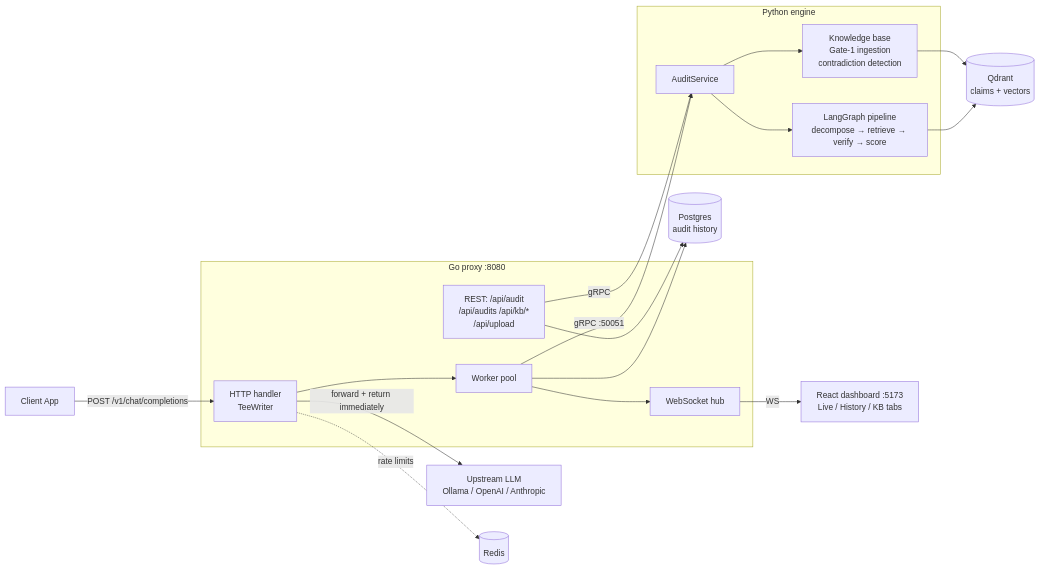
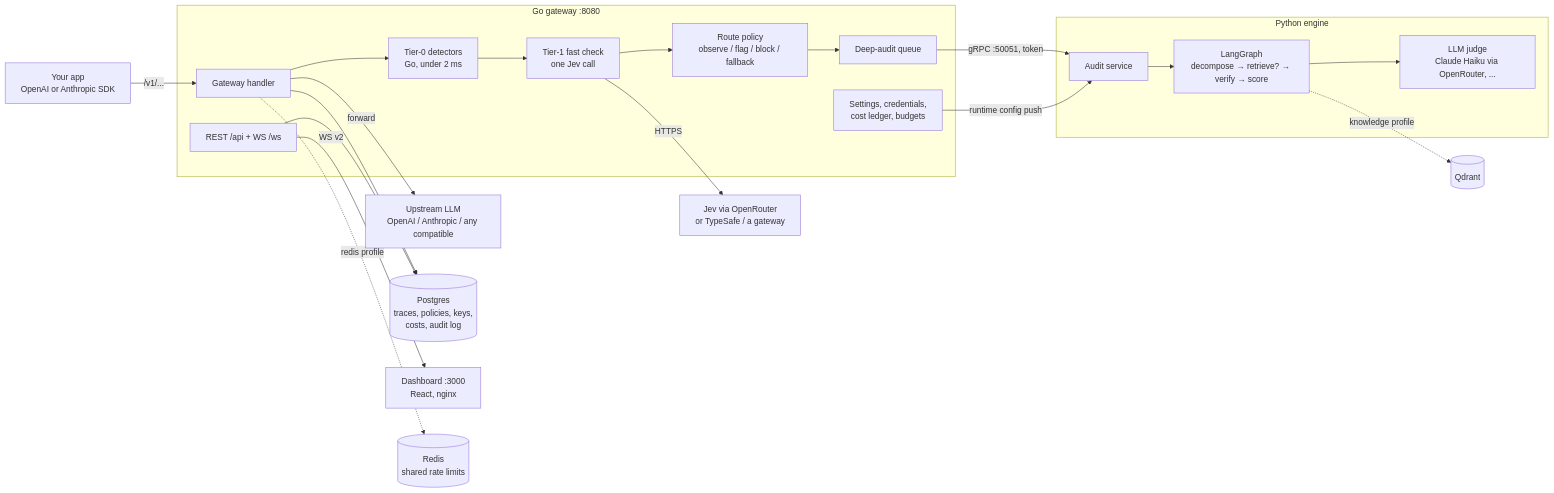
One commit to timkush1/TrustAgent changed the diagram in docs/ARCHITECTURE.md. Above: the diagram before and after it, drawn with Mermaid. The commit also changed other lines of this file and 2 other files, not shown here.

First line of the commit message:
docs: ARCHITECTURE for 2.0, no /api/upload left, and the docs index (P4 DX-8)

````diff
--- a/docs/ARCHITECTURE.md
+++ b/docs/ARCHITECTURE.md
@@ -7,23 +9,25 @@
 ```mermaid
 graph LR
-    Client[Client App] -->|POST /v1/chat/completions| Proxy
-    subgraph Go proxy :8080
-        Proxy[HTTP handler<br/>TeeWriter] --> Pool[Worker pool]
-        Hub[WebSocket hub]
-        API[REST: /api/audit<br/>/api/audits /api/kb/*<br/>/api/upload]
+    Client[Your app<br/>OpenAI or Anthropic SDK] -->|/v1/...| Proxy
+    subgraph Go gateway :8080
+        Proxy[Gateway handler] --> T0[Tier-0 detectors<br/>Go, under 2 ms]
+        T0 --> T1[Tier-1 fast check<br/>one Jev call]
+        T1 --> Policy[Route policy<br/>observe / flag / block / fallback]
+        Policy --> Pool[Deep-audit queue]
+        API[REST /api + WS /ws]
+        Control[Settings, credentials,<br/>cost ledger, budgets]
     end
-    Proxy -->|forward + return immediately| LLM[Upstream LLM<br/>Ollama / OpenAI / Anthropic]
-    Pool -->|gRPC :50051| Engine
+    Proxy -->|forward| LLM[Upstream LLM<br/>OpenAI / Anthropic / any compatible]
+    T1 -->|HTTPS| Jev[Jev via OpenRouter<br/>or TypeSafe / a gateway]
+    Pool -->|gRPC :50051, token| Engine
+    Control -->|runtime config push| Engine
     subgraph Python engine
-        Engine[AuditService] --> Graph[LangGraph pipeline<br/>decompose → retrieve → verify → score]
-        Engine --> KB[Knowledge base<br/>Gate-1 ingestion<br/>contradiction detection]
+        Engine[Audit service] --> Graph[LangGraph<br/>decompose → retrieve? → verify → score]
+        Graph --> Judge[LLM judge<br/>Claude Haiku via OpenRouter, ...]
     end
-    Graph --> Qdrant[(Qdrant<br/>claims + vectors)]
-    KB --> Qdrant
-    Pool --> PG[(Postgres<br/>audit history)]
-    Pool --> Hub
-    Hub -->|WS| Dash[React dashboard :5173<br/>Live / History / KB tabs]
+    Graph -.->|knowledge profile| Qdrant[(Qdrant)]
+    Proxy --> PG[(Postgres<br/>traces, policies, keys,<br/>costs, audit log)]
     API --> PG
-    API -->|gRPC| Engine
-    Proxy -.->|rate limits| Redis[(Redis)]
+    API -->|WS v2| Dash[Dashboard :3000<br/>React, nginx]
+    Proxy -.->|redis profile| Redis[(Redis<br/>shared rate limits)]
 ```
````
